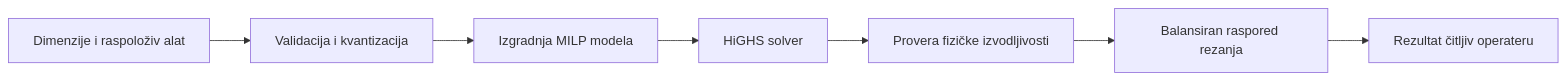
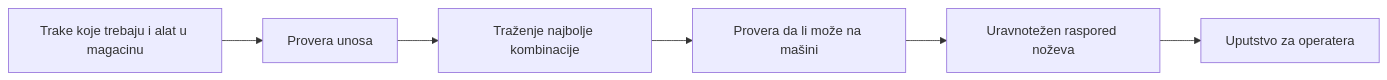
The first of 2 diagrams in README.md (Sogli/shop-floor-tools), drawn with Mermaid before and after one commit. The commit also changed other lines of this file, not shown here.

````diff
--- a/README.md
+++ b/README.md
@@ -46,9 +49,8 @@
 ```mermaid
 flowchart LR
-    A["Dimenzije i raspoloživ alat"] --> B["Validacija i kvantizacija"]
-    B --> C["Izgradnja MILP modela"]
-    C --> D["HiGHS solver"]
-    D --> E["Provera fizičke izvodljivosti"]
-    E --> F["Balansiran raspored rezanja"]
-    F --> G["Rezultat čitljiv operateru"]
+    A["Trake koje trebaju i alat u magacinu"] --> B["Provera unosa"]
+    B --> C["Traženje najbolje kombinacije"]
+    C --> D["Provera da li može na mašini"]
+    D --> E["Uravnotežen raspored noževa"]
+    E --> F["Uputstvo za operatera"]
 ```
````
